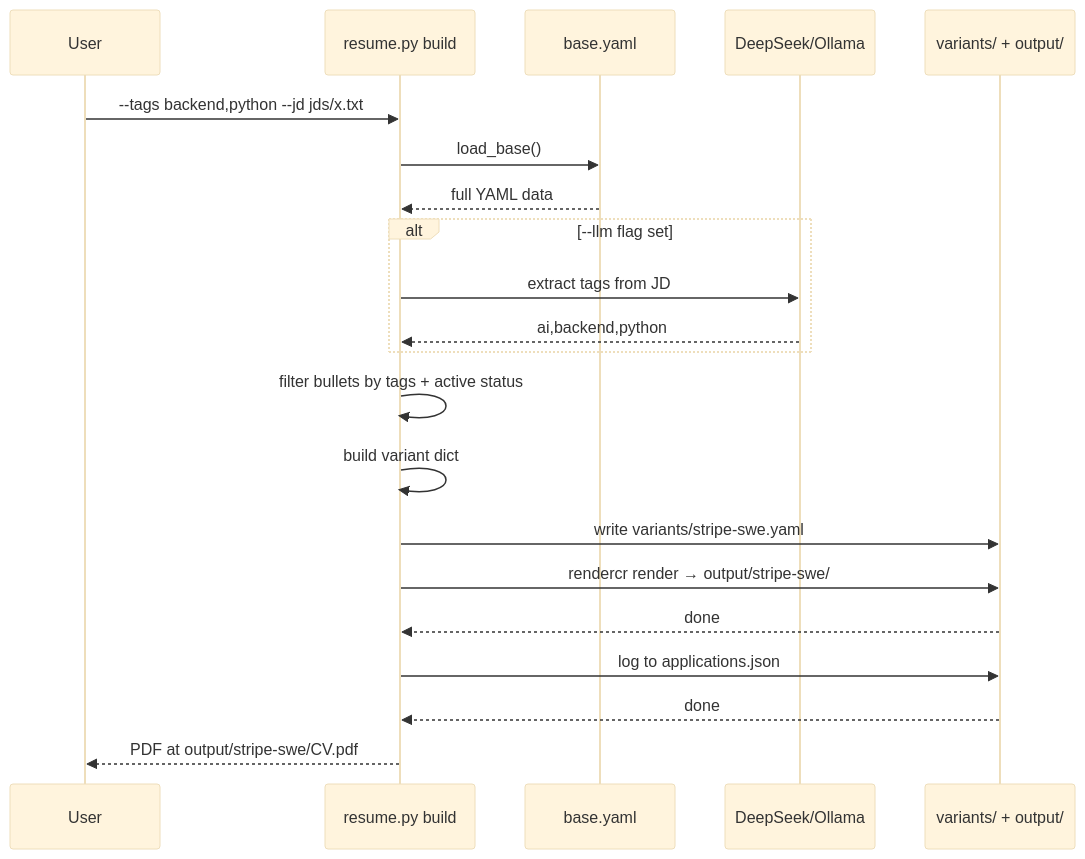
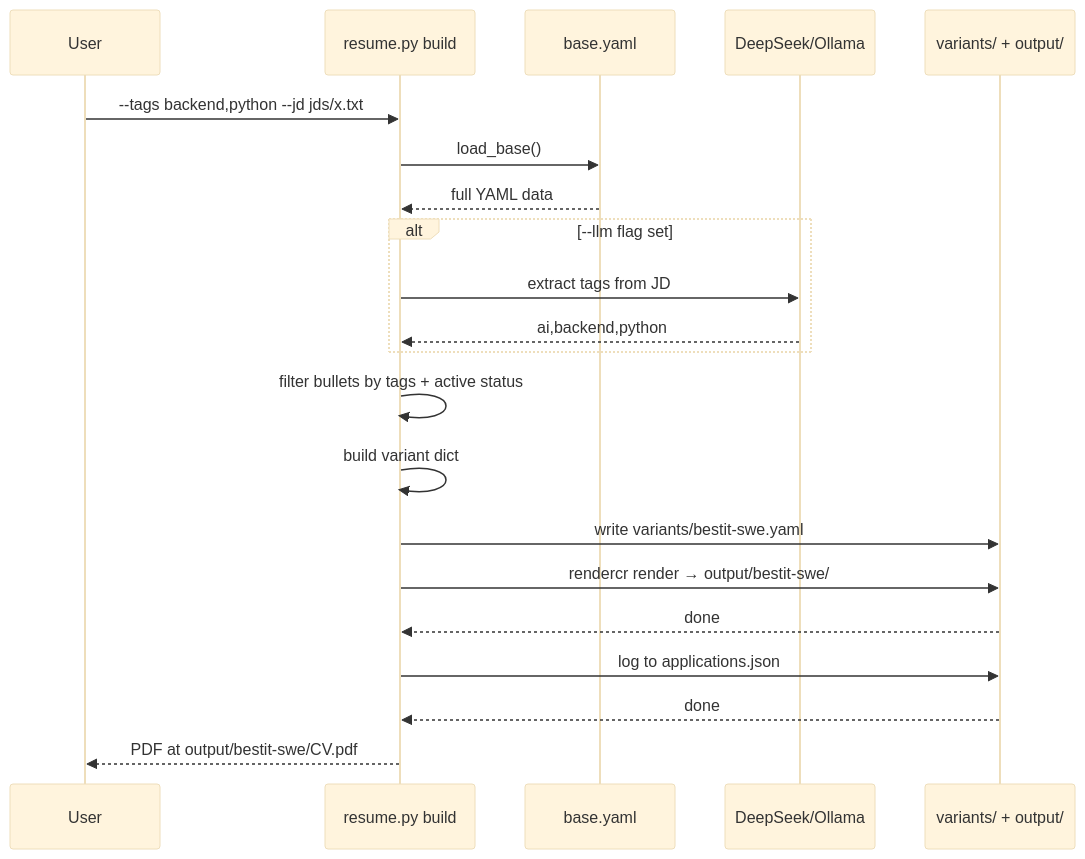
Before and after one commit to jxjwilliam/resume-generator: the fifth of 9 diagrams in docs/overview.md, drawn with Mermaid (base theme). The commit also changed other lines of this file and 6 other files, not shown here.

````diff
--- a/docs/overview.md
+++ b/docs/overview.md
@@ -147,29 +147,29 @@
 ```mermaid
 sequenceDiagram
     participant User
     participant CLI as resume.py build
     participant Base as base.yaml
     participant LLM as DeepSeek/Ollama
     participant FS as variants/ + output/
 
     User->>CLI: --tags backend,python --jd jds/x.txt
     CLI->>Base: load_base()
     Base-->>CLI: full YAML data
 
     alt --llm flag set
         CLI->>LLM: extract tags from JD
         LLM-->>CLI: ai,backend,python
     end
 
     CLI->>CLI: filter bullets by tags + active status
     CLI->>CLI: build variant dict
-    CLI->>FS: write variants/stripe-swe.yaml
+    CLI->>FS: write variants/bestit-swe.yaml
 
-    CLI->>FS: rendercr render → output/stripe-swe/
+    CLI->>FS: rendercr render → output/bestit-swe/
     FS-->>CLI: done
 
     CLI->>FS: log to applications.json
     FS-->>CLI: done
 
-    CLI-->>User: PDF at output/stripe-swe/CV.pdf
+    CLI-->>User: PDF at output/bestit-swe/CV.pdf
 ```
````
